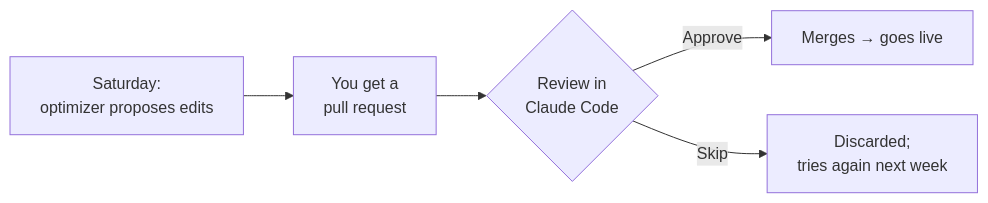
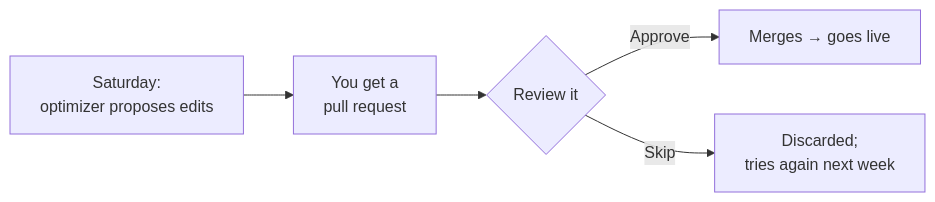
Before and after one commit to Philm-moxywolf/Adaptive-Landing-Page-Creator: the third of 3 diagrams in docs/GO-LIVE.md, drawn with Mermaid. The commit also changed other lines of this file and 5 other files, not shown here.

````diff
--- a/docs/GO-LIVE.md
+++ b/docs/GO-LIVE.md
@@ -147,7 +129,7 @@
 ```mermaid
 flowchart LR
     S["Saturday:<br/>optimizer proposes edits"] --> N["You get a<br/>pull request"]
-    N --> R{"Review in<br/>Claude Code"}
+    N --> R{"Review it"}
     R -->|"Approve"| L["Merges → goes live"]
     R -->|"Skip"| X["Discarded;<br/>tries again next week"]
 ```
````
